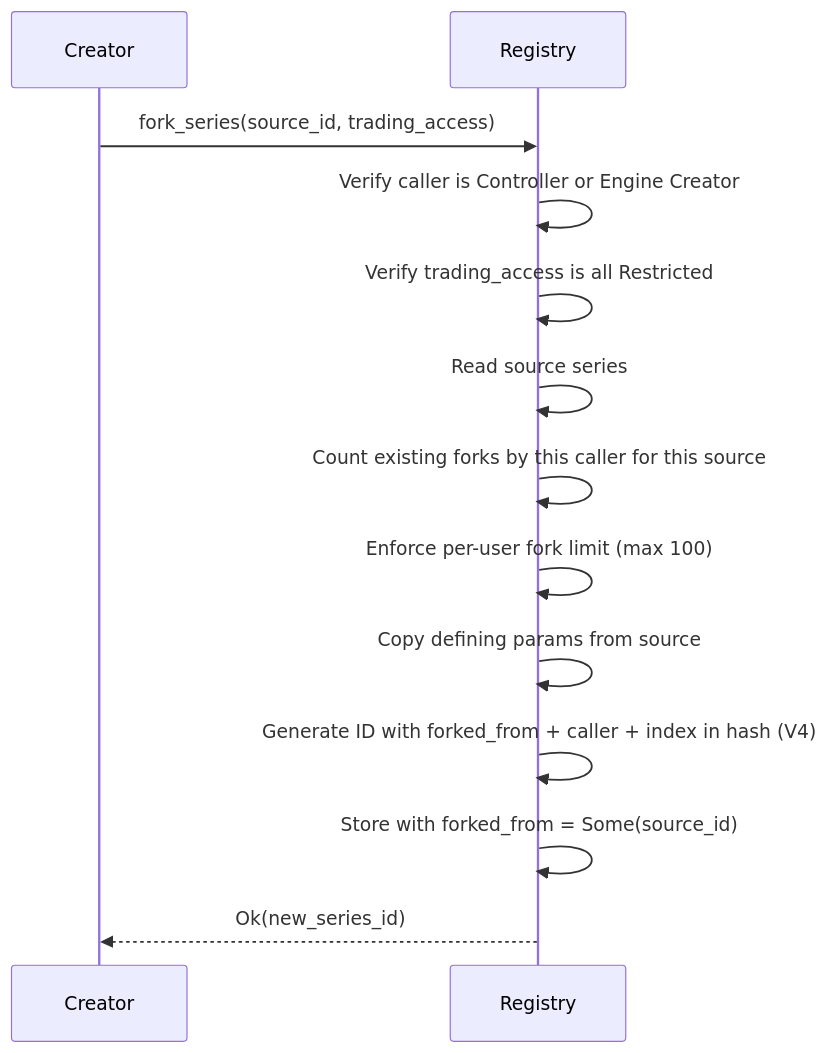
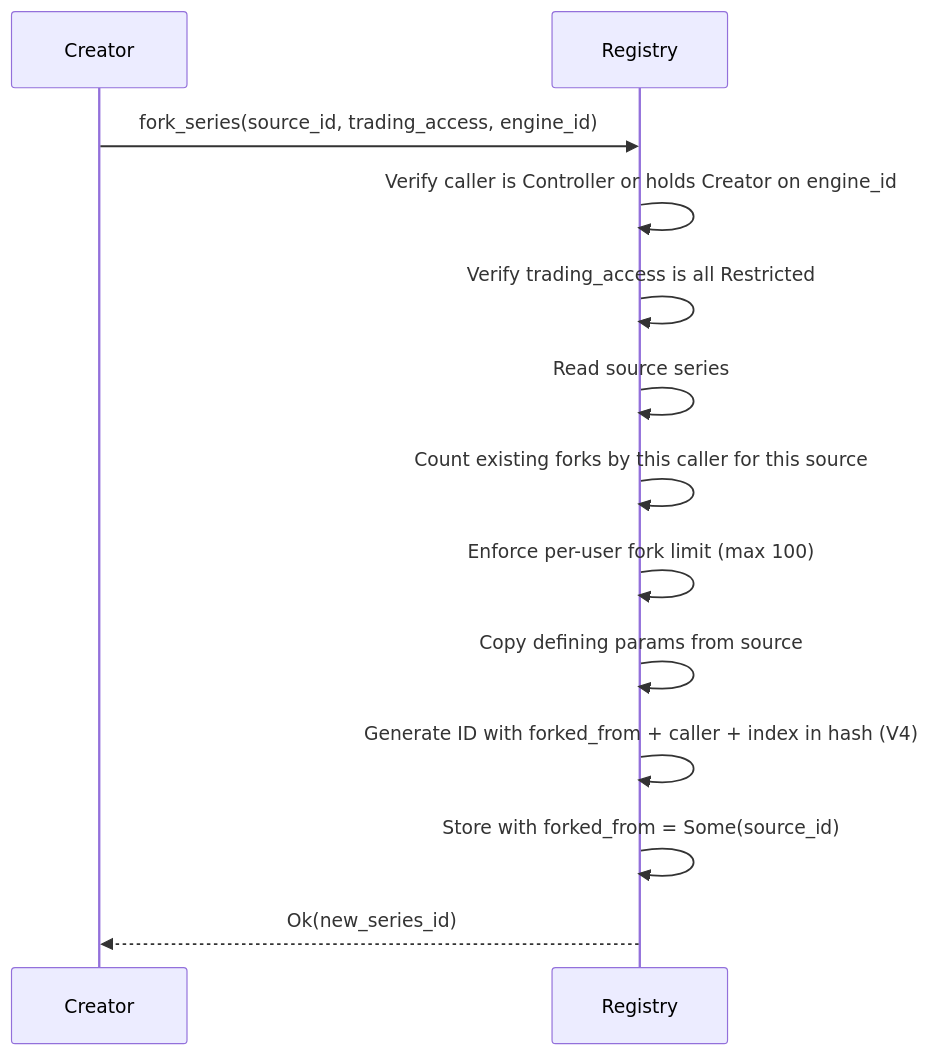
The third of 3 diagrams in docs/architecture/engines.md (AntonioVentilii/icdc-core), drawn with Mermaid before and after one commit. The commit also changed other lines of this file and 8 other files, not shown here.

````diff
--- a/docs/architecture/engines.md
+++ b/docs/architecture/engines.md
@@ -133,16 +143,16 @@
 ```mermaid
 sequenceDiagram
     participant Creator
     participant Registry
 
-    Creator->>Registry: fork_series(source_id, trading_access)
-    Registry->>Registry: Verify caller is Controller or Engine Creator
+    Creator->>Registry: fork_series(source_id, trading_access, engine_id)
+    Registry->>Registry: Verify caller is Controller or holds Creator on engine_id
     Registry->>Registry: Verify trading_access is all Restricted
     Registry->>Registry: Read source series
     Registry->>Registry: Count existing forks by this caller for this source
     Registry->>Registry: Enforce per-user fork limit (max 100)
     Registry->>Registry: Copy defining params from source
     Registry->>Registry: Generate ID with forked_from + caller + index in hash (V4)
     Registry->>Registry: Store with forked_from = Some(source_id)
     Registry-->>Creator: Ok(new_series_id)
 ```
````
